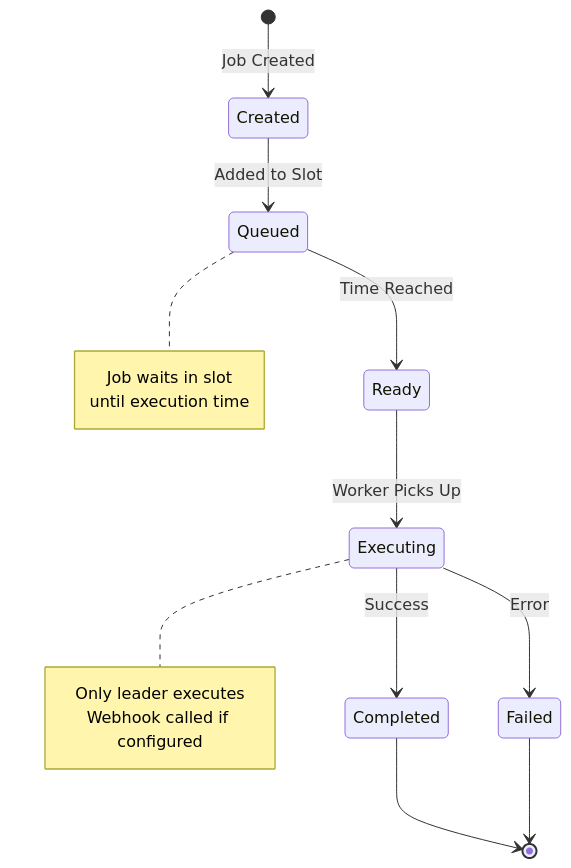
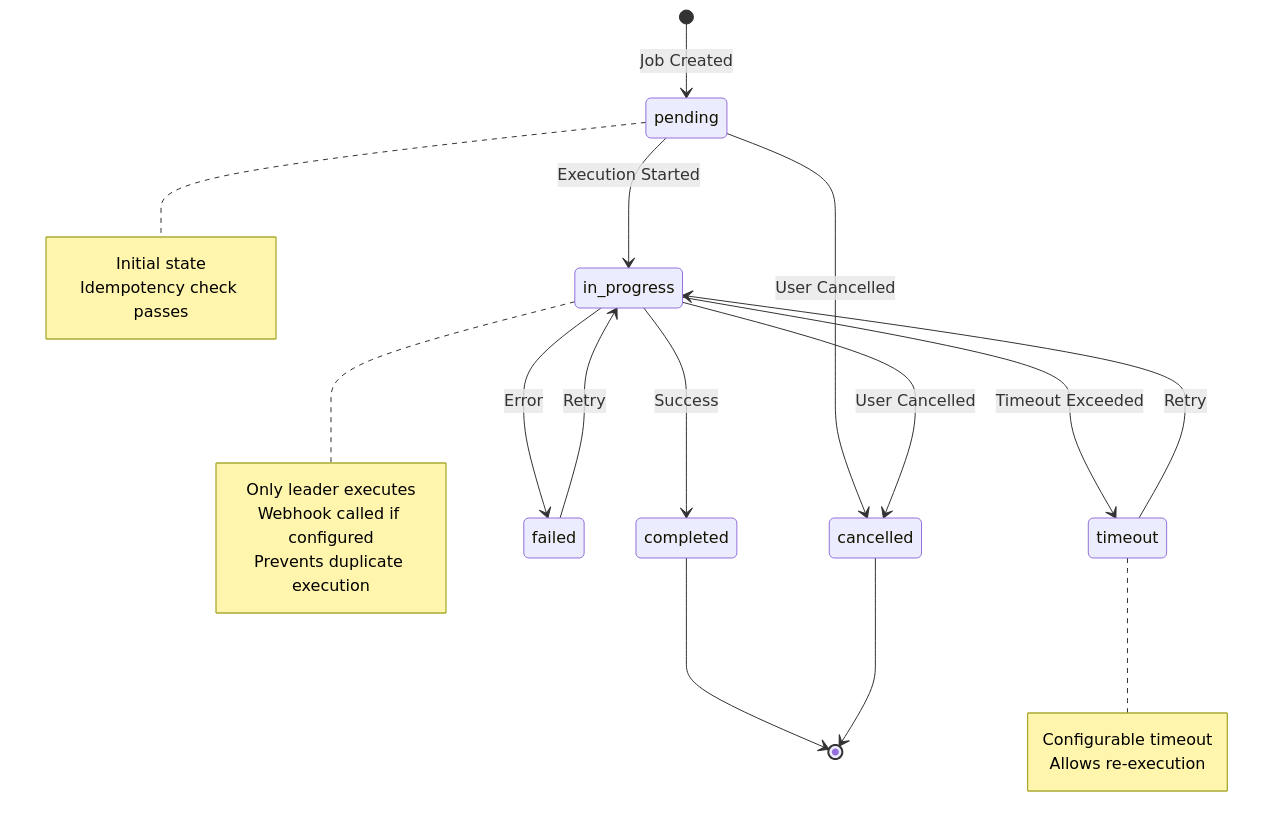
The ninth of 16 diagrams in docs/architecture.md (manudiv16/scheduled-db), drawn with Mermaid before and after one commit. The commit also changed other lines of this file and 11 other files, not shown here.

````diff
--- a/docs/architecture.md
+++ b/docs/architecture.md
@@ -239,21 +404,33 @@
 ```mermaid
 stateDiagram-v2
-    [*] --> Created: Job Created
-    Created --> Queued: Added to Slot
-    Queued --> Ready: Time Reached
-    Ready --> Executing: Worker Picks Up
-    Executing --> Completed: Success
-    Executing --> Failed: Error
-    Completed --> [*]
-    Failed --> [*]
+    [*] --> pending: Job Created
+    pending --> in_progress: Execution Started
+    pending --> cancelled: User Cancelled
     
-    note right of Queued
-        Job waits in slot
-        until execution time
+    in_progress --> completed: Success
+    in_progress --> failed: Error
+    in_progress --> timeout: Timeout Exceeded
+    in_progress --> cancelled: User Cancelled
+    
+    timeout --> in_progress: Retry
+    failed --> in_progress: Retry
+    
+    completed --> [*]
+    cancelled --> [*]
+    
+    note right of pending
+        Initial state
+        Idempotency check passes
     end note
     
-    note right of Executing
+    note right of in_progress
         Only leader executes
         Webhook called if configured
+        Prevents duplicate execution
+    end note
+    
+    note right of timeout
+        Configurable timeout
+        Allows re-execution
     end note
 ```
````
